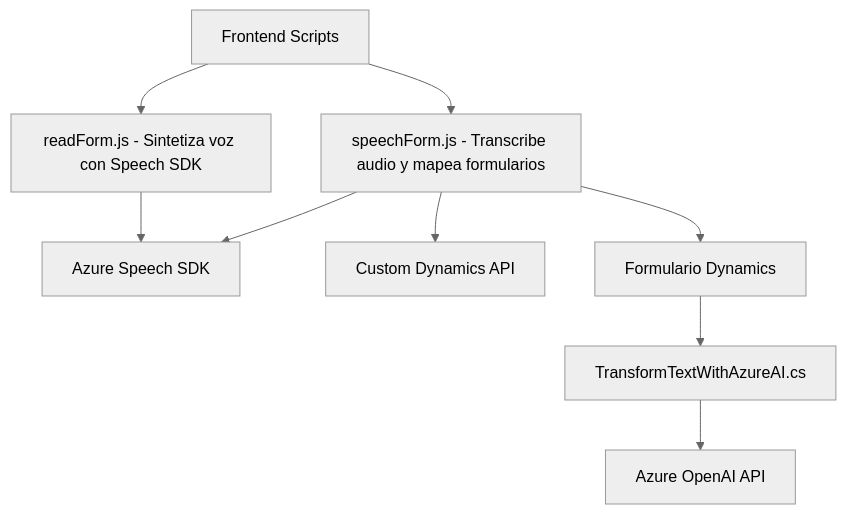
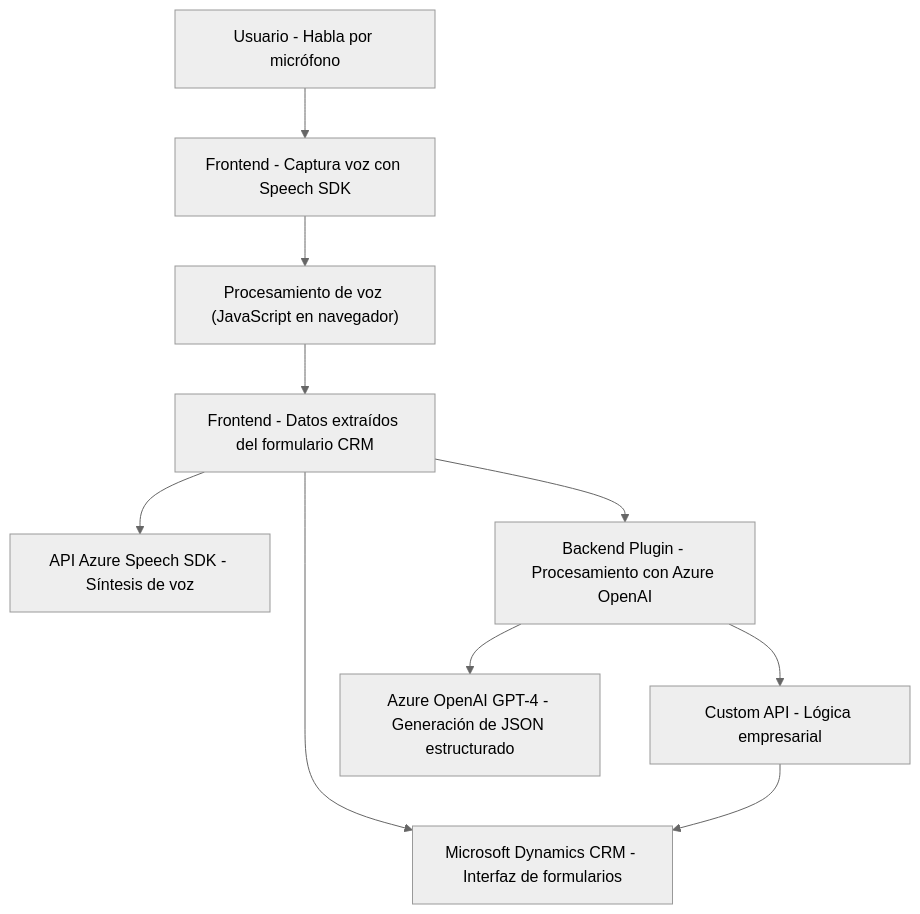
The diagram in README.md (blopezdm/NETCORE_BILBAO2025), drawn with Mermaid (neutral theme) before and after one commit. The commit also changed other lines of this file, not shown here.

Commit message:
Actualizar análisis global de la solución con IA

````diff
--- a/README.md
+++ b/README.md
@@ -36,20 +30,22 @@
 ```mermaid
 graph TD
-    A["Frontend Scripts"]
-    A1["readForm.js - Sintetiza voz con Speech SDK"]
-    A2["speechForm.js - Transcribe audio y mapea formularios"]
-    B["Dynamics CRM"]
-    B1["TransformTextWithAzureAI.cs"]
-    C["Azure Speech SDK"]
-    D["Azure OpenAI API"]
-    E["Custom Dynamics API"]
-    
-    A --> A1
-    A --> A2
-    A1 --> C
-    A2 --> C
-    A2 --> E
-    B --> B1
-    B1 --> D
-    A2 --> B["Formulario Dynamics"]
+    A["Usuario - Habla por micrófono"]
+    B["Frontend - Captura voz con Speech SDK"]
+    C["Procesamiento de voz (JavaScript en navegador)"]
+    D["Frontend - Datos extraídos del formulario CRM"]
+    E["API Azure Speech SDK - Síntesis de voz"]
+    F["Backend Plugin - Procesamiento con Azure OpenAI"]
+    G["Custom API - Lógica empresarial"]
+    H["Microsoft Dynamics CRM - Interfaz de formularios"]
+    I["Azure OpenAI GPT-4 - Generación de JSON estructurado"]
+
+    A --> B
+    B --> C
+    C --> D
+    D --> E
+    D --> H
+    D --> F
+    F --> I
+    F --> G
+    G --> H
 ```
````
